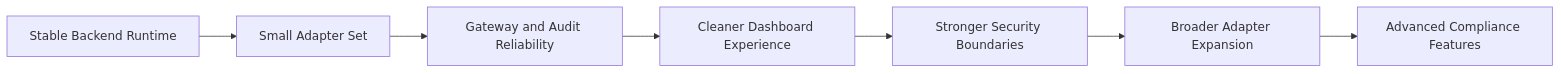
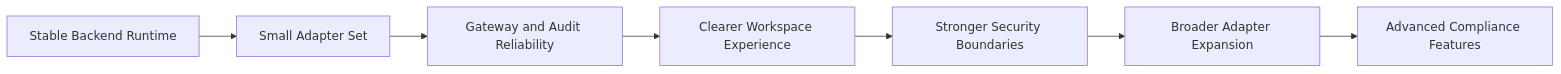
Before and after one commit to iceccarelli/neuralbridge: the fourth of 4 diagrams in README.md, drawn with Mermaid. The commit also changed other lines of this file and 1 other file, not shown here.

First line of the commit message:
docs/site: README and /trust describe the web workspace, not the retired dashboard; checkout-key plaintext window stated

````diff
--- a/README.md
+++ b/README.md
@@ -517,9 +515,9 @@
 ```mermaid
 flowchart LR
     A[Stable Backend Runtime] --> B[Small Adapter Set]
     B --> C[Gateway and Audit Reliability]
-    C --> D[Cleaner Dashboard Experience]
+    C --> D[Clearer Workspace Experience]
     D --> E[Stronger Security Boundaries]
     E --> F[Broader Adapter Expansion]
     F --> G[Advanced Compliance Features]
 ```
````
